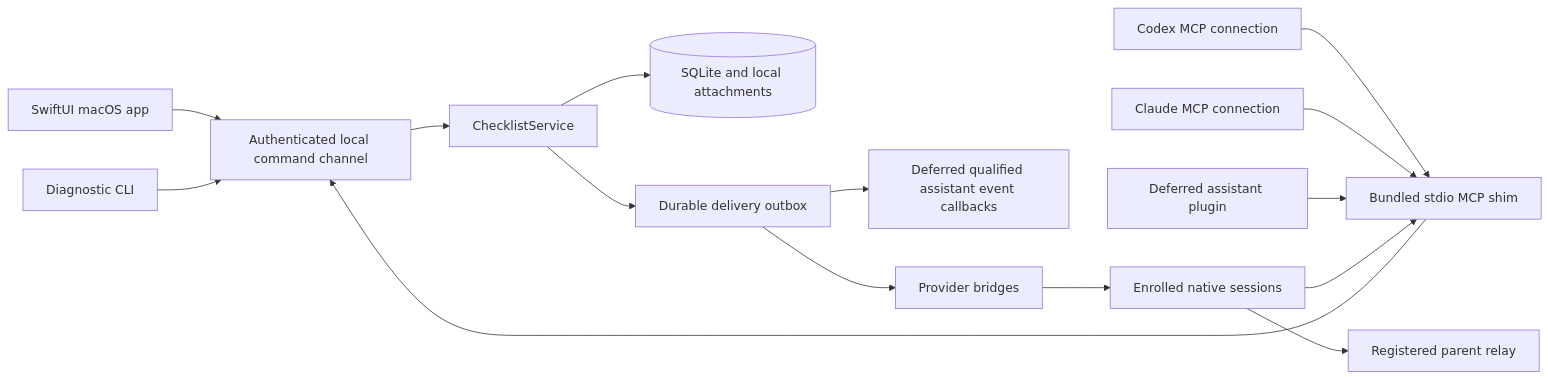
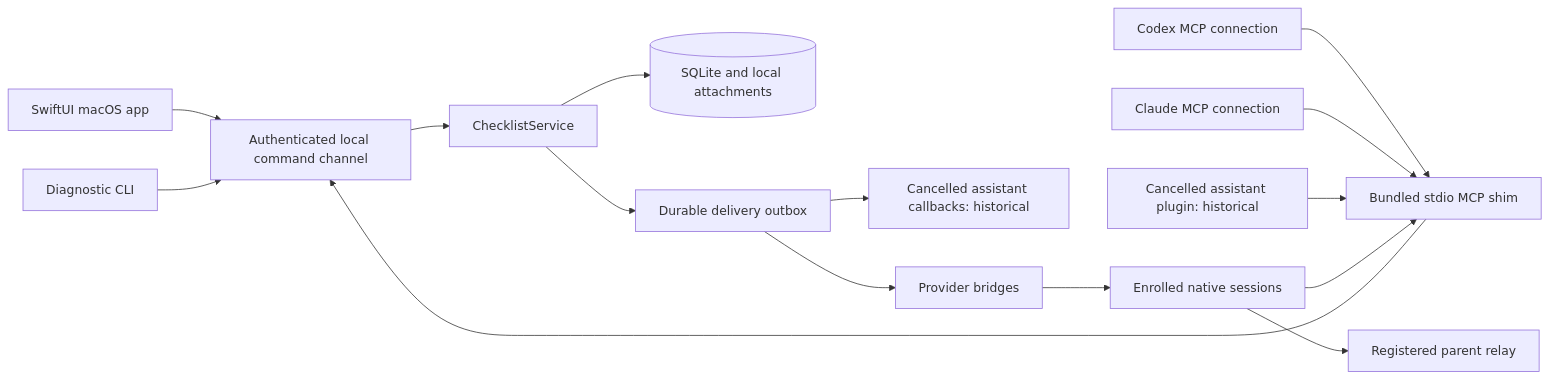
Before and after one commit to chrisbrine/checklist: the diagram in docs/architecture.md, drawn with Mermaid. The commit also changed other lines of this file and 31 other files, not shown here.

````diff
--- a/docs/architecture.md
+++ b/docs/architecture.md
@@ -9,17 +9,17 @@
 ```mermaid
 flowchart LR
     UI[SwiftUI macOS app] --> IPC[Authenticated local command channel]
     CX[Codex MCP connection] --> MCP[Bundled stdio MCP shim]
     CL[Claude MCP connection] --> MCP
-    A[Deferred assistant plugin] --> MCP
+    A[Cancelled assistant plugin: historical] --> MCP
     CLI[Diagnostic CLI] --> IPC
     MCP --> IPC
     IPC --> S[ChecklistService]
     S --> DB[(SQLite and local attachments)]
     S --> O[Durable delivery outbox]
-    O --> E[Deferred qualified assistant event callbacks]
+    O --> E[Cancelled assistant callbacks: historical]
     O --> B[Provider bridges]
     B --> N[Enrolled native sessions]
     N --> MCP
     N --> R[Registered parent relay]
 ```
````
